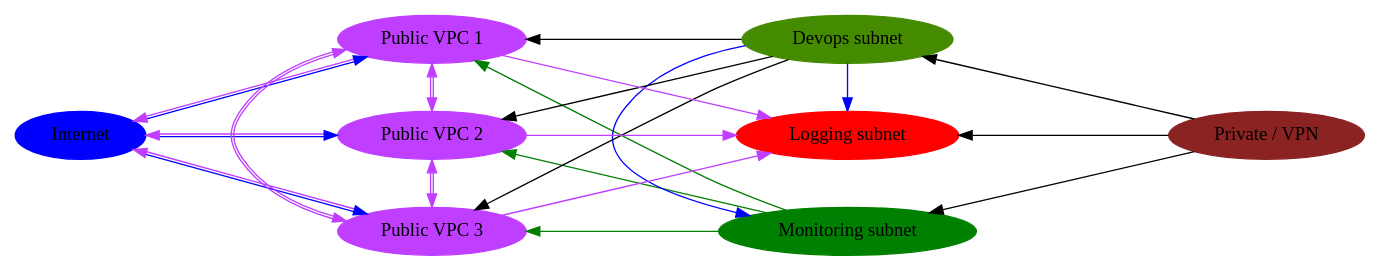
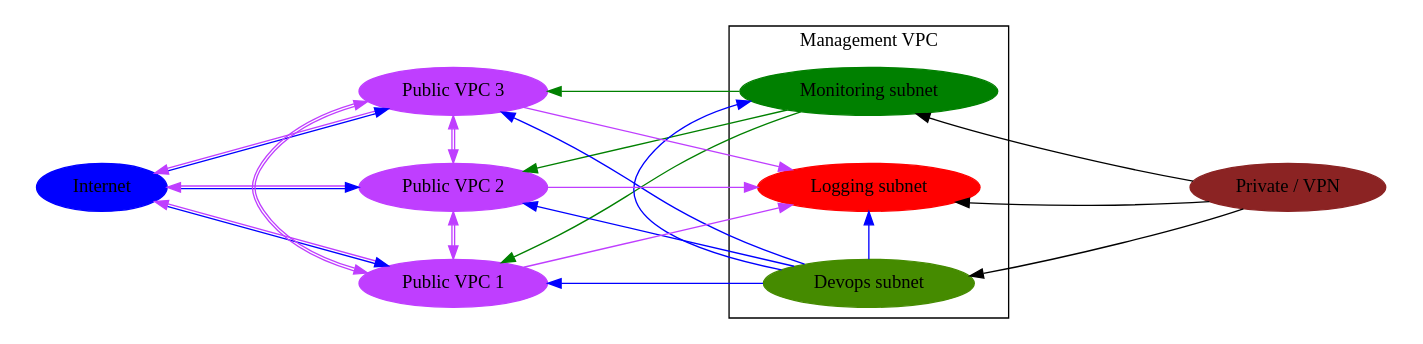
The diagram in docs/overall_layout.dot (jpancoast/cloudsetup), drawn with Graphviz before and after one commit. The commit also changed 3 other files, not shown here.

```diff
--- a/docs/overall_layout.dot
+++ b/docs/overall_layout.dot
@@ -1,69 +1,97 @@
 digraph G {
-    #http://www.graphviz.org/pdf/dotguide.pdf
-    rankdir = LR
-
+    rankdir=LR
+    
     Internet [ color = blue, style = filled ]
     "Monitoring subnet" [ color = green, style = filled ]
     "Logging subnet" [ color = red, style = filled ]
     "Devops subnet" [ color = "chartreuse4", style = filled ]
 
     "Public VPC 1" [ color = "darkorchid1", style = filled ]
     "Public VPC 2" [ color = "darkorchid1", style = filled ]
     "Public VPC 3" [ color = "darkorchid1", style = filled ]
 
     "Private / VPN" [ color = "brown4", style = filled ]
 
 
     ranksep = 2.0
     nodesep = .5
 
 
+    subgraph cluster1 
     {
-        rank = min;
+        style="invis"
         Internet;
     }
 
+    subgraph cluster2 
     {
-        rank = same;
-        "Public VPC 1"; "Public VPC 2"; "Public VPC 3";
+        style="invis"
+
+        "Public VPC 1";
+        "Public VPC 2";
+        "Public VPC 3";
+
+        {
+            rank="same"
+            "Public VPC 1";"Public VPC 2";"Public VPC 3";
+        }
+    }
+
+    subgraph cluster3
+    {
+        label="Management VPC"
+        "Logging subnet";
+        "Monitoring subnet";
+        "Devops subnet";
+
+        {
+            rank="same";
+            "Logging subnet";
+            "Monitoring subnet";
+            "Devops subnet";
+        }
+    }
+
+    subgraph cluster4
+    {
+        style="invis"
+        "Private / VPN"
+
+        {
+            rank="max";
+            "Private / VPN";
+        }
     }
 
 
-    {
-        rank = same;
-        "Monitoring subnet"; "Logging subnet"; "Devops subnet";
-    }
+    Internet -> "Public VPC 1" [dir=both color="blue:darkorchid1" constraint=false];
+    Internet -> "Public VPC 2" [dir=both color="blue:darkorchid1"];
+    Internet -> "Public VPC 3" [dir=both color="blue:darkorchid1" constraint=false];
 
-    {
-        rank = max;
-        "Private / VPN"
-    }
+    "Public VPC 1" -> "Public VPC 2"[dir=both color="darkorchid1:darkorchid1"];
+    "Public VPC 1" -> "Public VPC 3"[dir=both color="darkorchid1:darkorchid1"];
+    "Public VPC 2" -> "Public VPC 3"[dir=both color="darkorchid1:darkorchid1"];
 
-    Internet -> "Public VPC 1" [dir=both color="blue:darkorchid1"];
-    Internet -> "Public VPC 2" [dir=both color="blue:darkorchid1"];
-    Internet -> "Public VPC 3" [dir=both color="blue:darkorchid1"];
+    "Public VPC 1" -> "Logging subnet"[ color = "darkorchid1" ];
+    "Public VPC 2" -> "Logging subnet"[ color = "darkorchid1" ];
+    "Public VPC 3" -> "Logging subnet"[ color = "darkorchid1" ];
 
+    "Monitoring subnet" -> "Public VPC 1"[ color="green" constraint=false];
+    "Monitoring subnet" -> "Public VPC 2"[ color="green"];
+    "Monitoring subnet" -> "Public VPC 3"[ color="green"];
 
-    "Public VPC 1" -> "Public VPC 2" [dir=both color="darkorchid1:darkorchid1"];
-    "Public VPC 1" -> "Public VPC 3" [dir=both color="darkorchid1:darkorchid1"];
-    "Public VPC 2" -> "Public VPC 3" [dir=both color="darkorchid1:darkorchid1"];
+    "Devops subnet" -> "Public VPC 1"[constraint=false color="blue"];
+    "Devops subnet" -> "Public VPC 2"[constraint=false color="blue"];
+    "Devops subnet" -> "Public VPC 3"[constraint=false color="blue"];
 
-    "Devops subnet" -> "Monitoring subnet" [ color="blue" ];
     "Devops subnet" -> "Logging subnet" [ color="blue" ];
+    "Devops subnet" -> "Monitoring subnet"[ color="blue" ];
 
-    "Private / VPN" -> "Monitoring subnet"
-    "Private / VPN" -> "Logging subnet"
-    "Private / VPN" -> "Devops subnet"
+    "Devops subnet" -> "Private / VPN" [style="invis"]
+    "Monitoring subnet" -> "Private / VPN" [style="invis"]
+    "Logging subnet" -> "Private / VPN" [style="invis"]
 
-    "Devops subnet" -> "Public VPC 1"
-    "Devops subnet" -> "Public VPC 2"
-    "Devops subnet" -> "Public VPC 3"
-
-    "Monitoring subnet" -> "Public VPC 1" [ color="green"];
-    "Monitoring subnet" -> "Public VPC 2" [ color="green"];
-    "Monitoring subnet" -> "Public VPC 3" [ color="green"];
-
-    "Public VPC 1" -> "Logging subnet" [ color = "darkorchid1" ];
-    "Public VPC 2" -> "Logging subnet" [ color = "darkorchid1" ];
-    "Public VPC 3" -> "Logging subnet" [ color = "darkorchid1" ];
+    "Private / VPN" -> "Devops subnet"[constraint=false];
+    "Private / VPN" -> "Monitoring subnet"[constraint=false];
+    "Private / VPN" -> "Logging subnet";
 }
```
